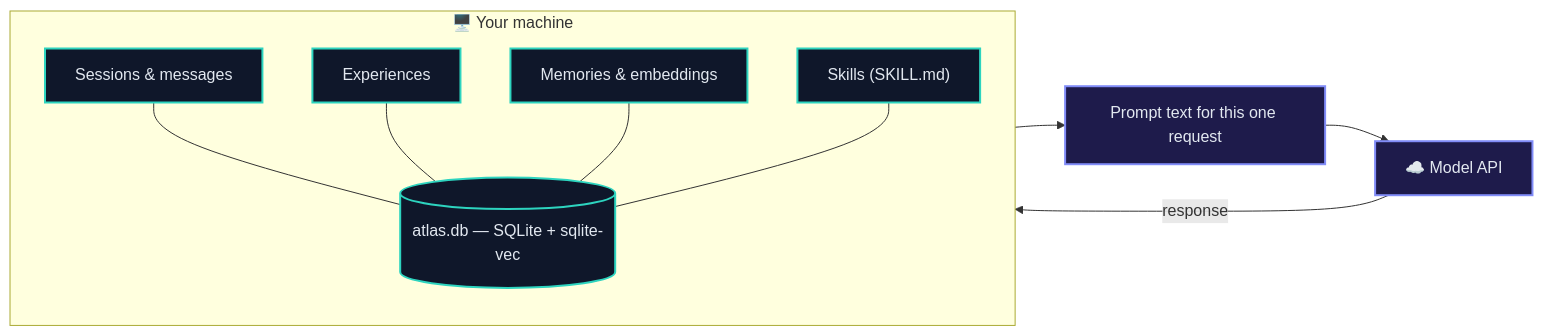
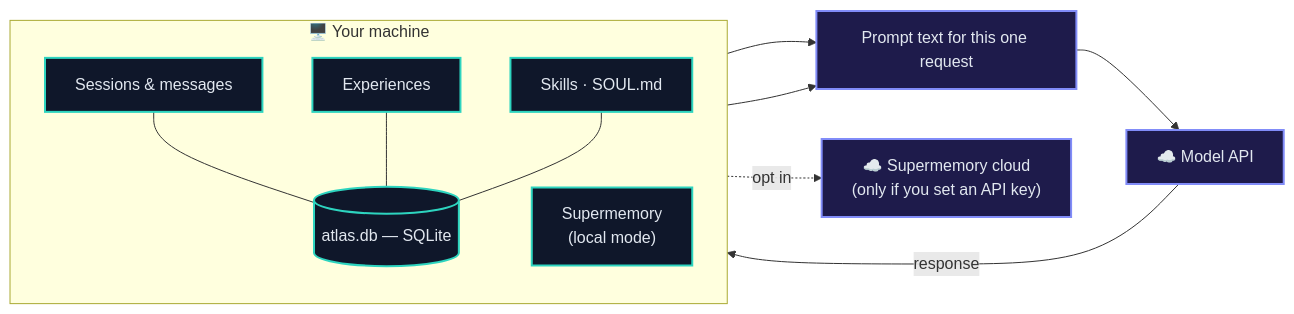
Before and after one commit to aizen2006/Atlas-local: the first of 3 diagrams in README.md, drawn with Mermaid. The commit also changed other lines of this file and 12 other files, not shown here.

Commit message:
feat: migrate memory management to Supermemory; update documentation and remove SQLite vector dependencies

````diff
--- a/README.md
+++ b/README.md
@@ -33,27 +35,29 @@
 ```mermaid
 flowchart LR
     subgraph local["🖥️  Your machine"]
         direction TB
-        DB[("atlas.db — SQLite + sqlite-vec")]
+        DB[("atlas.db — SQLite")]
         S["Sessions & messages"]
         E["Experiences"]
-        M["Memories & embeddings"]
-        K["Skills (SKILL.md)"]
+        K["Skills · SOUL.md"]
+        SM["Supermemory<br/>(local mode)"]
         S --- DB
         E --- DB
-        M --- DB
         K --- DB
     end
 
     P["Prompt text for this one request"]
     API["☁️ Model API"]
+    CLOUD["☁️ Supermemory cloud<br/>(only if you set an API key)"]
 
     DB --> P
+    SM -.->|"opt in"| CLOUD
+    SM --> P
     P --> API
     API -->|"response"| DB
 
     classDef localBox fill:#0F172A,stroke:#2DD4BF,stroke-width:2px,color:#E2E8F0
     classDef cloudBox fill:#1E1B4B,stroke:#818CF8,stroke-width:2px,color:#E2E8F0
-    class DB,S,E,M,K localBox
-    class API,P cloudBox
+    class DB,S,E,K,SM localBox
+    class API,P,CLOUD cloudBox
 ```
````
